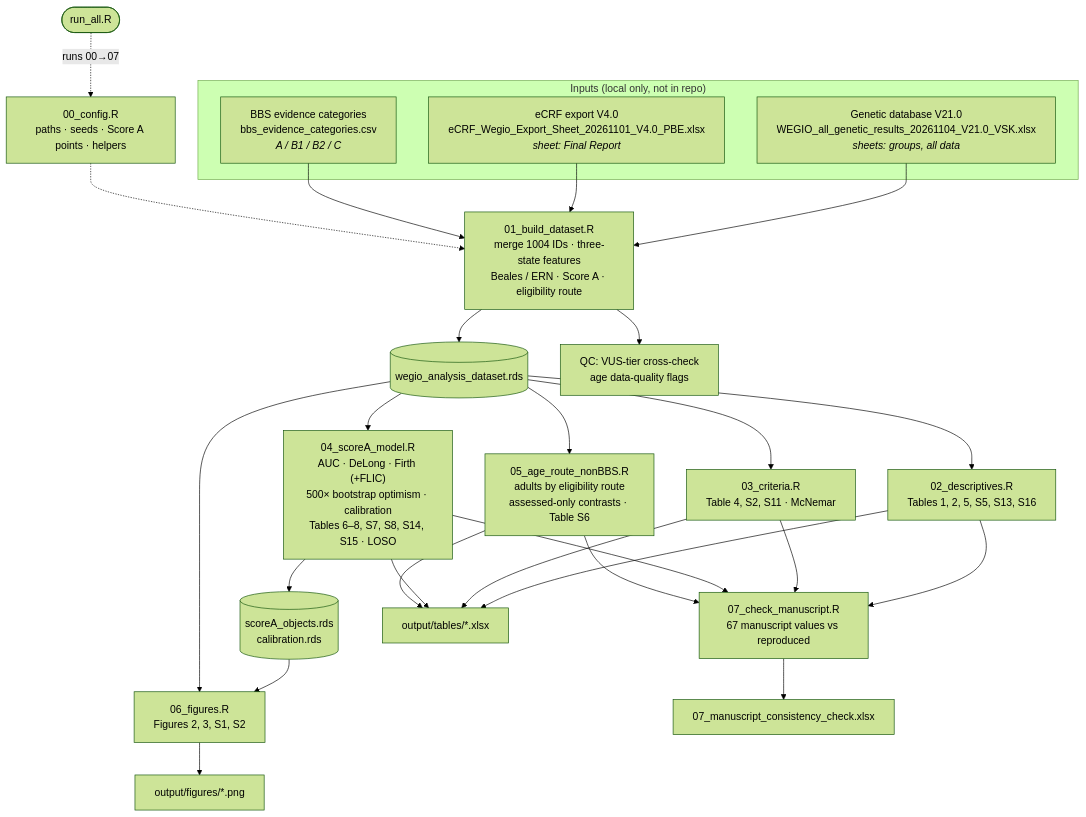
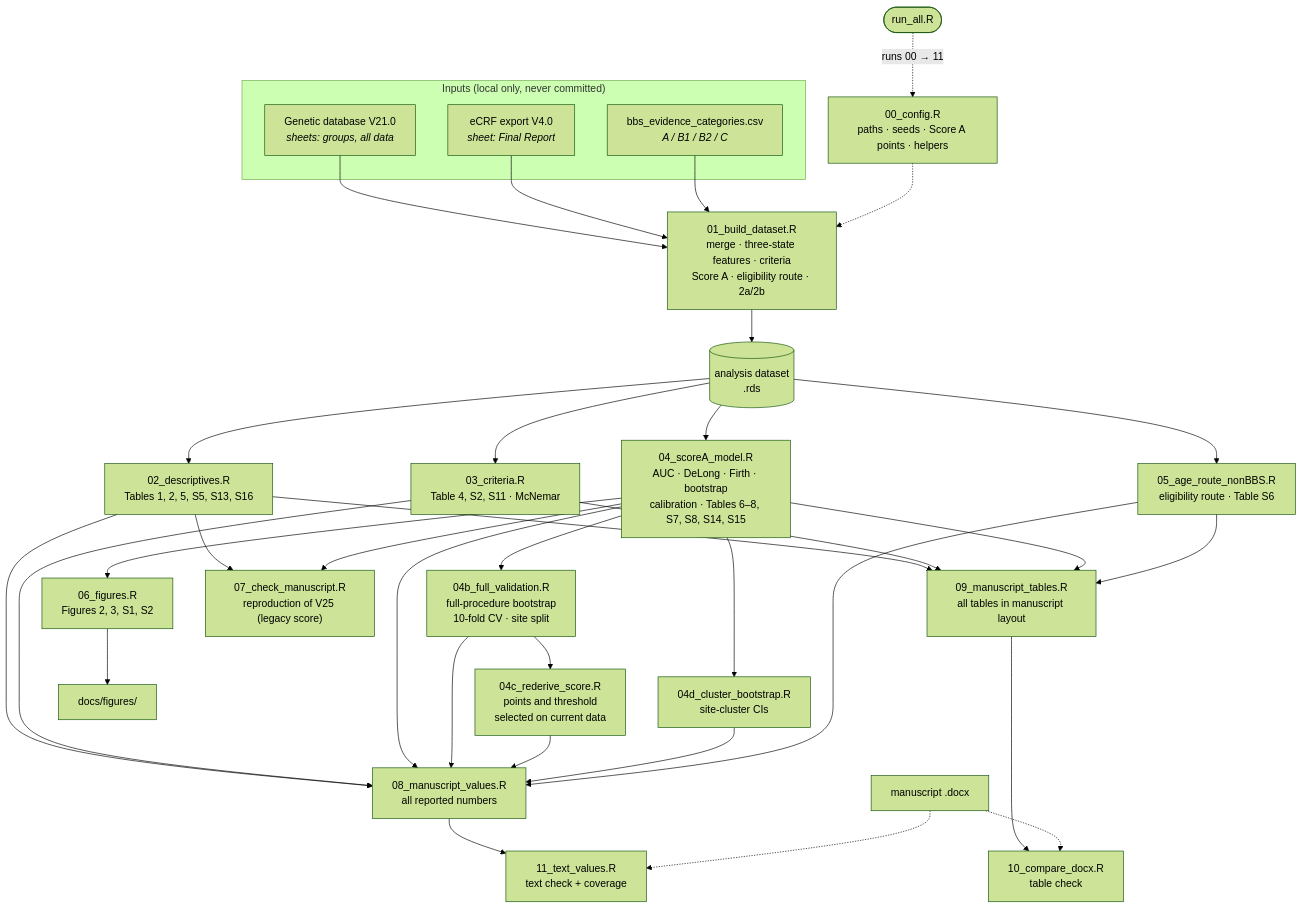
Before and after one commit to tanyatoluay/BBS_prediction_algorithm-: the second of 4 diagrams in README.md, drawn with Mermaid (forest theme). The commit also changed other lines of this file and 22 other files, not shown here.

Commit message:
Re-derived Score A, full validation, exact tests, hyperphagia restriction; manuscript table and text checks; README with diagrams and figures

````diff
--- a/README.md
+++ b/README.md
@@ -18,33 +70,32 @@
 ```mermaid
 flowchart TD
-    subgraph IN["Inputs (local only, not in repo)"]
-        G["Genetic database V21.0<br/>WEGIO_all_genetic_results_20261104_V21.0_VSK.xlsx<br/><i>sheets: groups, all data</i>"]
-        E["eCRF export V4.0<br/>eCRF_Wegio_Export_Sheet_20261101_V4.0_PBE.xlsx<br/><i>sheet: Final Report</i>"]
-        C["BBS evidence categories<br/>bbs_evidence_categories.csv<br/><i>A / B1 / B2 / C</i>"]
+    subgraph IN["Inputs (local only, never committed)"]
+        G["Genetic database V21.0<br/><i>sheets: groups, all data</i>"]
+        E["eCRF export V4.0<br/><i>sheet: Final Report</i>"]
+        C["bbs_evidence_categories.csv<br/><i>A / B1 / B2 / C</i>"]
     end
-
     CFG["00_config.R<br/>paths · seeds · Score A points · helpers"]
-
     G & E & C --> B01
     CFG -.-> B01
-    B01["01_build_dataset.R<br/>merge 1004 IDs · three-state features<br/>Beales / ERN · Score A · eligibility route"]
-    B01 --> RDS[("wegio_analysis_dataset.rds")]
-    B01 --> QC["QC: VUS-tier cross-check<br/>age data-quality flags"]
+    B01["01_build_dataset.R<br/>merge · three-state features · criteria<br/>Score A · eligibility route · 2a/2b"]
+    B01 --> RDS[("analysis dataset<br/>.rds")]
 
     RDS --> S02["02_descriptives.R<br/>Tables 1, 2, 5, S5, S13, S16"]
     RDS --> S03["03_criteria.R<br/>Table 4, S2, S11 · McNemar"]
-    RDS --> S04["04_scoreA_model.R<br/>AUC · DeLong · Firth (+FLIC)<br/>500× bootstrap optimism · calibration<br/>Tables 6–8, S7, S8, S14, S15 · LOSO"]
-    RDS --> S05["05_age_route_nonBBS.R<br/>adults by eligibility route<br/>assessed-only contrasts · Table S6"]
+    RDS --> S04["04_scoreA_model.R<br/>AUC · DeLong · Firth · bootstrap<br/>calibration · Tables 6–8, S7, S8, S14, S15"]
+    S04 --> S04B["04b_full_validation.R<br/>full-procedure bootstrap<br/>10-fold CV · site split"]
+    S04B --> S04C["04c_rederive_score.R<br/>points and threshold<br/>selected on current data"]
+    S04 --> S04D["04d_cluster_bootstrap.R<br/>site-cluster CIs"]
+    RDS --> S05["05_age_route_nonBBS.R<br/>eligibility route · Table S6"]
+    S04 --> S06["06_figures.R<br/>Figures 2, 3, S1, S2"]
 
-    S04 --> OBJ[("scoreA_objects.rds<br/>calibration.rds")]
-    OBJ --> S06["06_figures.R<br/>Figures 2, 3, S1, S2"]
-    RDS --> S06
+    S02 & S03 & S04 & S04B & S04C & S04D & S05 --> S08["08_manuscript_values.R<br/>all reported numbers"]
+    S02 & S03 & S04 & S05 --> S09["09_manuscript_tables.R<br/>all tables in manuscript layout"]
+    S09 --> S10["10_compare_docx.R<br/>table check"]
+    S08 --> S11["11_text_values.R<br/>text check + coverage"]
+    S02 & S04 --> S07["07_check_manuscript.R<br/>reproduction of V25 (legacy score)"]
+    DOCX["manuscript .docx"] -.-> S10 & S11
+    S06 --> FIG["docs/figures/"]
 
-    S02 & S03 & S04 & S05 --> S07["07_check_manuscript.R<br/>67 manuscript values vs reproduced"]
-
-    S02 & S03 & S04 & S05 --> TAB["output/tables/*.xlsx"]
-    S06 --> FIG["output/figures/*.png"]
-    S07 --> CHK["07_manuscript_consistency_check.xlsx"]
-
-    RUN(["run_all.R"]) -. runs 00→07 .-> CFG
+    RUN(["run_all.R"]) -. runs 00 → 11 .-> CFG
 ```
````
